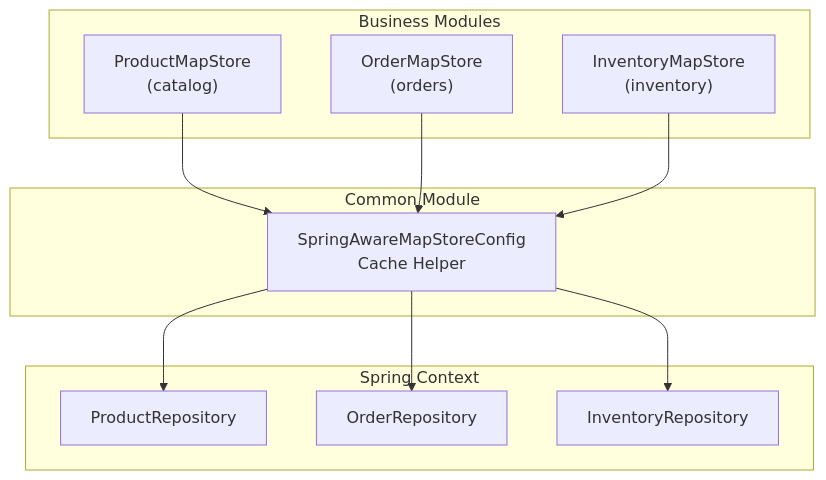
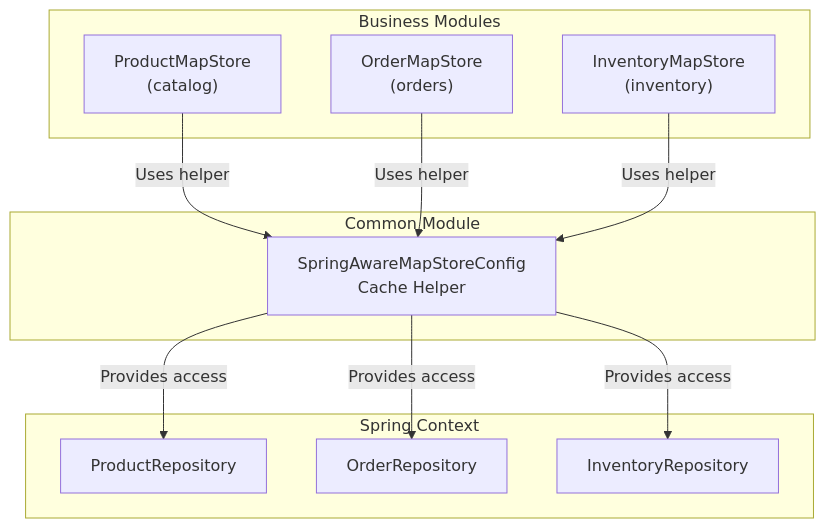
The second of 4 diagrams in docs/deepwiki/Common-Module.md (philipz/spring-modular-monolith), drawn with Mermaid before and after one commit. The commit also changed other lines of this file and 55 other files, not shown here.

````diff
--- a/docs/deepwiki/Common-Module.md
+++ b/docs/deepwiki/Common-Module.md
@@ -162,34 +162,34 @@
 ```mermaid
 flowchart TD
 
 SpringAwareMapStoreConfig["SpringAwareMapStoreConfig<br>Cache Helper"]
 ProductMapStore["ProductMapStore<br>(catalog)"]
 OrderMapStore["OrderMapStore<br>(orders)"]
 InventoryMapStore["InventoryMapStore<br>(inventory)"]
 ProductRepository["ProductRepository"]
 OrderRepository["OrderRepository"]
 InventoryRepository["InventoryRepository"]
 
-ProductMapStore --> SpringAwareMapStoreConfig
-OrderMapStore --> SpringAwareMapStoreConfig
-InventoryMapStore --> SpringAwareMapStoreConfig
-SpringAwareMapStoreConfig --> ProductRepository
-SpringAwareMapStoreConfig --> OrderRepository
-SpringAwareMapStoreConfig --> InventoryRepository
+ProductMapStore -->|"Uses helper"| SpringAwareMapStoreConfig
+OrderMapStore -->|"Uses helper"| SpringAwareMapStoreConfig
+InventoryMapStore -->|"Uses helper"| SpringAwareMapStoreConfig
+SpringAwareMapStoreConfig -->|"Provides access"| ProductRepository
+SpringAwareMapStoreConfig -->|"Provides access"| OrderRepository
+SpringAwareMapStoreConfig -->|"Provides access"| InventoryRepository
 
 subgraph subGraph2 ["Spring Context"]
     ProductRepository
     OrderRepository
     InventoryRepository
 end
 
 subgraph subGraph1 ["Business Modules"]
     ProductMapStore
     OrderMapStore
     InventoryMapStore
 end
 
 subgraph subGraph0 ["Common Module"]
     SpringAwareMapStoreConfig
 end
 ```
````
